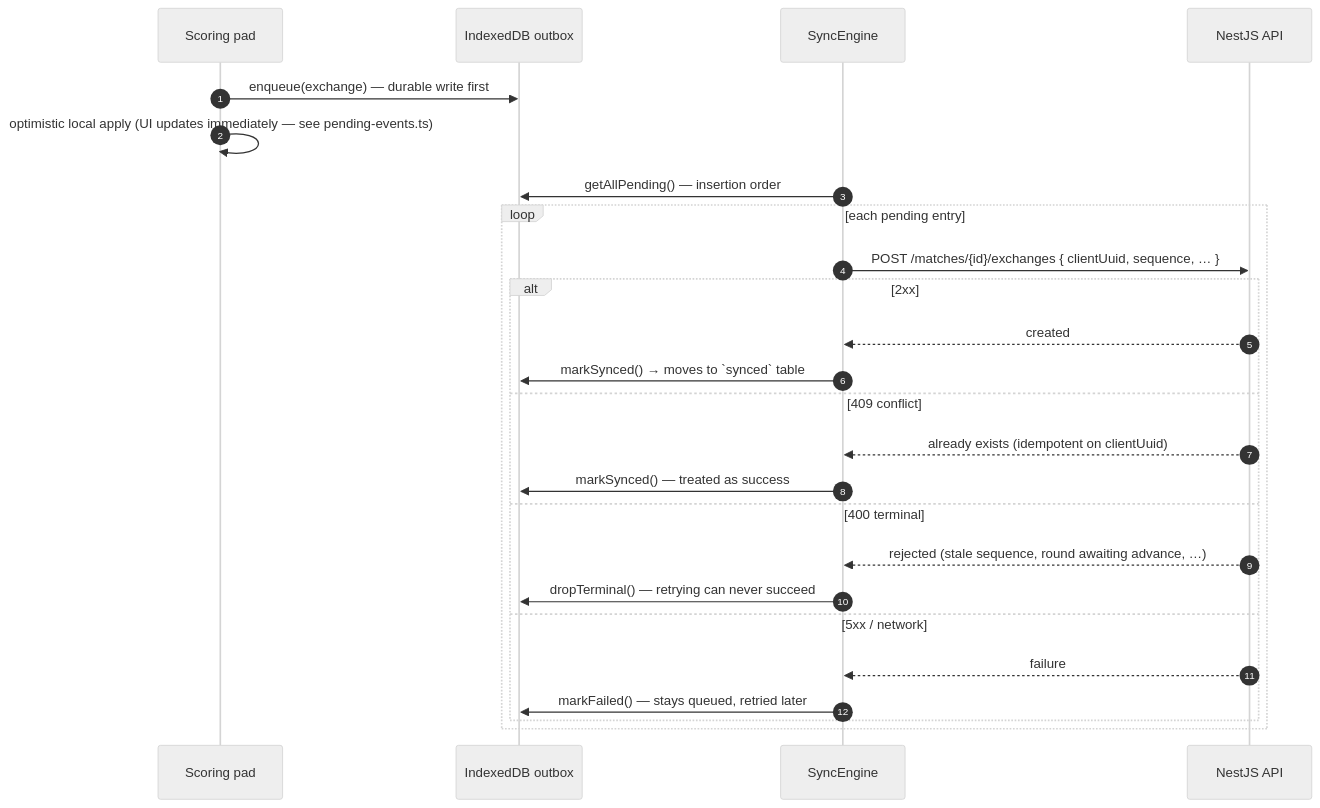
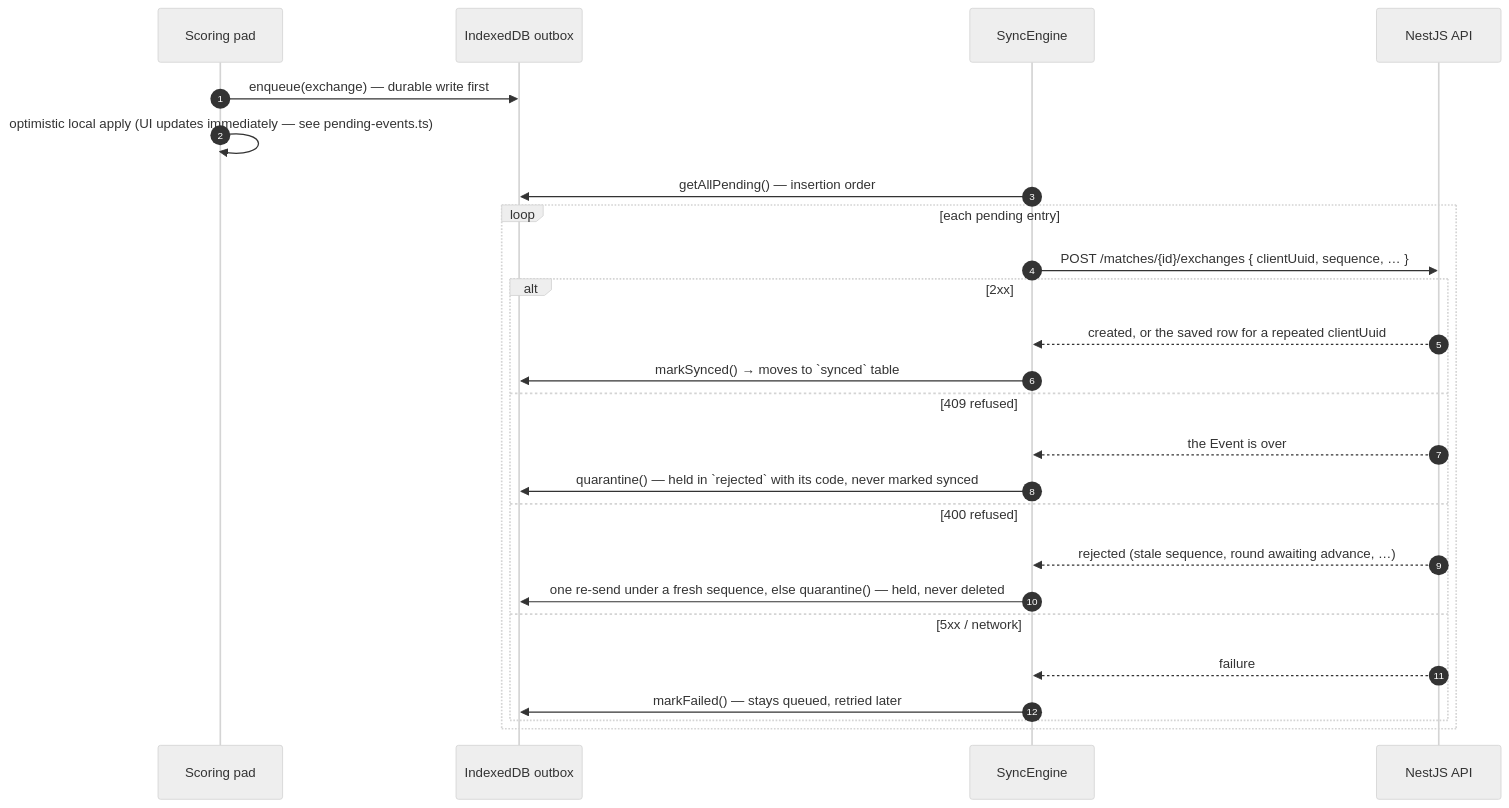
The ninth of 15 diagrams in docs/ARCHITECTURE.md (GrosTony6970/MyClash), drawn with Mermaid (neutral theme) before and after one commit. The commit also changed other lines of this file and 28 other files, not shown here.

First line of the commit message:
fix(matches): a hit refused because the Event is over is held on the pad and said in French too

````diff
--- a/docs/ARCHITECTURE.md
+++ b/docs/ARCHITECTURE.md
@@ -1099,28 +1099,28 @@
 ```mermaid
 sequenceDiagram
   autonumber
   participant P as Scoring pad
   participant O as IndexedDB outbox
   participant E as SyncEngine
   participant A as NestJS API
 
   P->>O: enqueue(exchange) — durable write first
   P->>P: optimistic local apply (UI updates immediately — see pending-events.ts)
   E->>O: getAllPending() — insertion order
   loop each pending entry
     E->>A: POST /matches/{id}/exchanges { clientUuid, sequence, … }
     alt 2xx
-      A-->>E: created
+      A-->>E: created, or the saved row for a repeated clientUuid
       E->>O: markSynced() → moves to `synced` table
-    else 409 conflict
-      A-->>E: already exists (idempotent on clientUuid)
-      E->>O: markSynced() — treated as success
-    else 400 terminal
+    else 409 refused
+      A-->>E: the Event is over
+      E->>O: quarantine() — held in `rejected` with its code, never marked synced
+    else 400 refused
       A-->>E: rejected (stale sequence, round awaiting advance, …)
-      E->>O: dropTerminal() — retrying can never succeed
+      E->>O: one re-send under a fresh sequence, else quarantine() — held, never deleted
     else 5xx / network
       A-->>E: failure
       E->>O: markFailed() — stays queued, retried later
     end
   end
 ```
````
